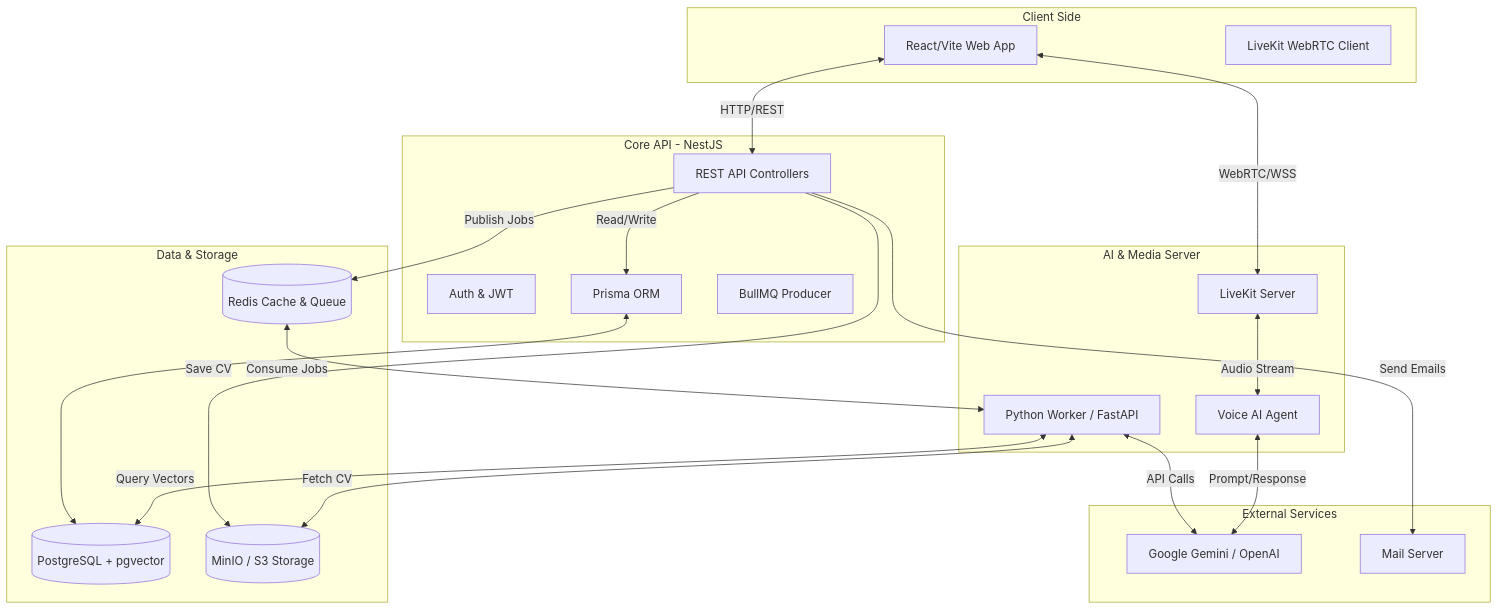
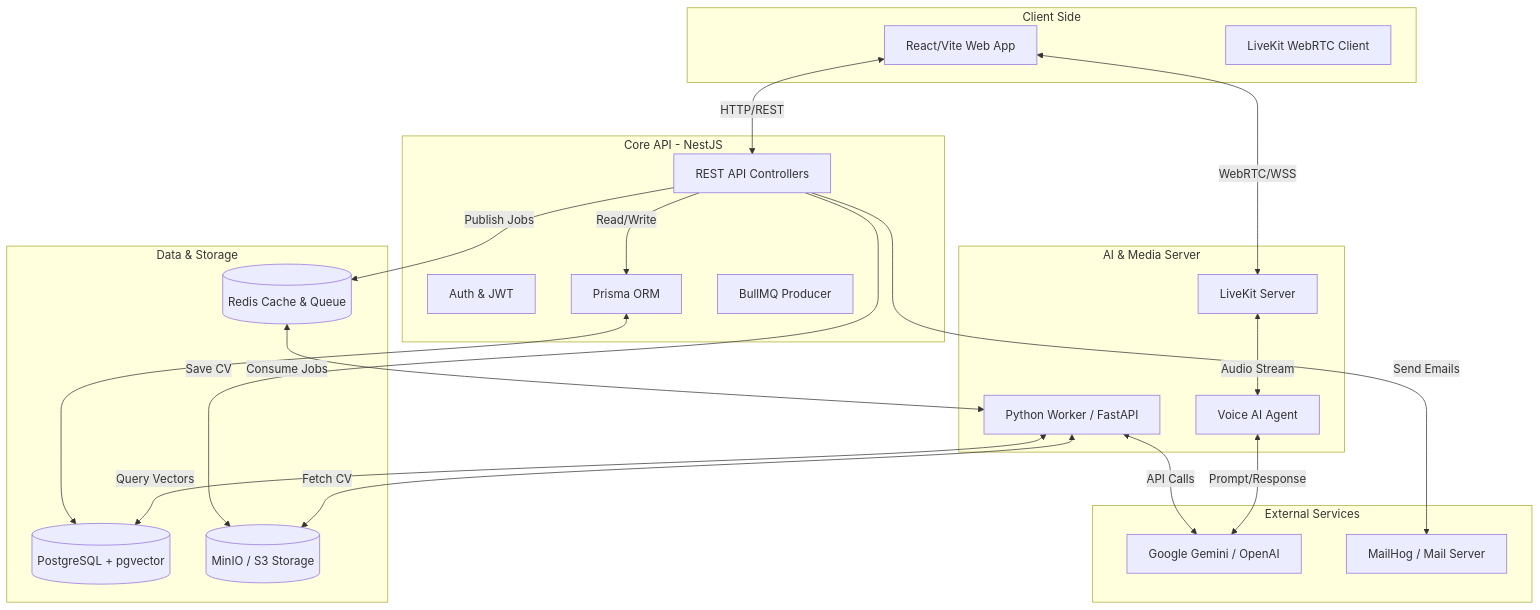
Before and after one commit to ducquan19/HR-Bot: the first of 4 diagrams in README.md, drawn with Mermaid. The commit also changed other lines of this file and 5 other files, not shown here.

````diff
--- a/README.md
+++ b/README.md
@@ -62,47 +66,47 @@
 ```mermaid
 graph TD
     subgraph Frontend [Client Side]
         UI[React/Vite Web App]
         LKClient[LiveKit WebRTC Client]
     end
 
     subgraph Backend [Core API - NestJS]
         API[REST API Controllers]
         Auth[Auth & JWT]
         Prisma[Prisma ORM]
         Queue[BullMQ Producer]
     end
 
     subgraph Infrastructure [Data & Storage]
         PG[(PostgreSQL + pgvector)]
         Redis[(Redis Cache & Queue)]
         MinIO[(MinIO / S3 Storage)]
     end
 
     subgraph AIServices [AI & Media Server]
         FastAPI[Python Worker / FastAPI]
         LKServer[LiveKit Server]
         Agent[Voice AI Agent]
     end
 
     subgraph External [External Services]
         LLM[Google Gemini / OpenAI]
-        SMTP[Mail Server]
+        SMTP[MailHog / Mail Server]
     end
 
     UI <-->|HTTP/REST| API
     UI <-->|WebRTC/WSS| LKServer
     API -->|Read/Write| Prisma
     Prisma <--> PG
     API -->|Publish Jobs| Redis
     API -->|Save CV| MinIO
 
     Redis <-->|Consume Jobs| FastAPI
     FastAPI <-->|Fetch CV| MinIO
     FastAPI <-->|Query Vectors| PG
     FastAPI <-->|API Calls| LLM
 
     LKServer <-->|Audio Stream| Agent
     Agent <-->|Prompt/Response| LLM
     API -->|Send Emails| SMTP
 ```
````
